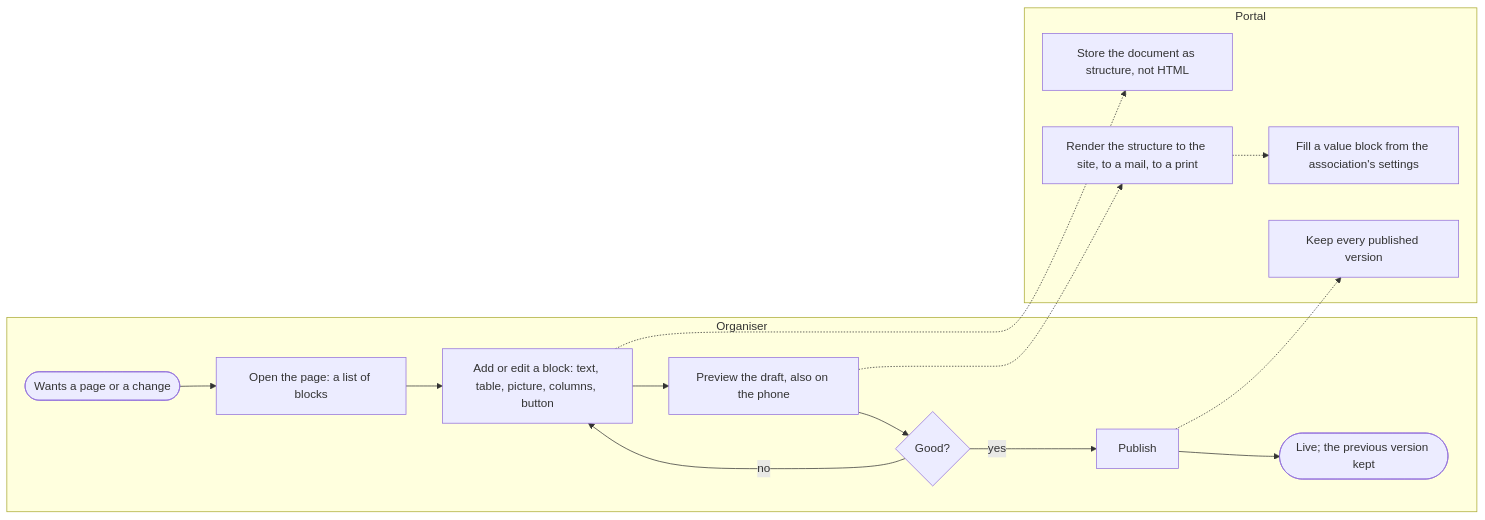
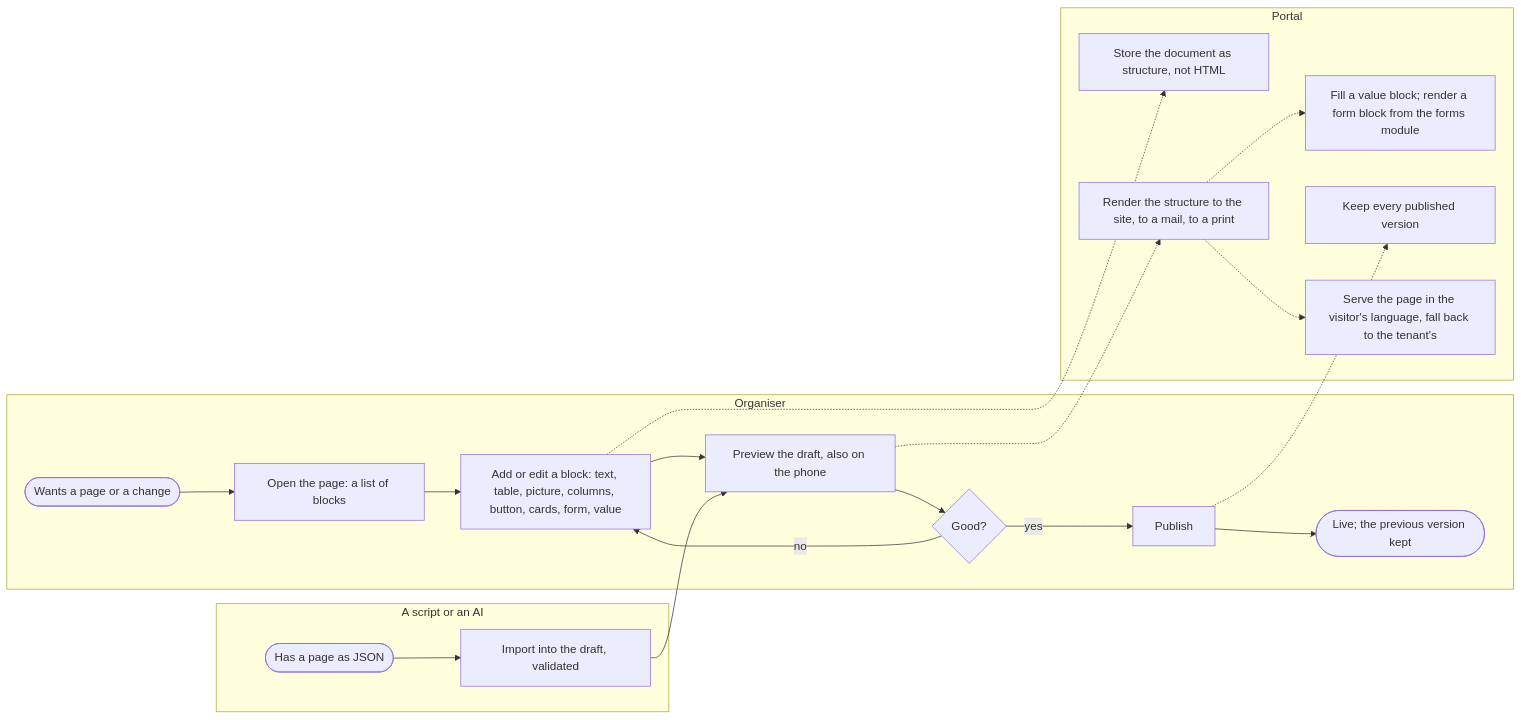
Before and after one commit to KoenRenders/KoenTest: the second of 5 diagrams in docs/change_request_17_web_content.md, drawn with Mermaid. The commit also changed other lines of this file, not shown here.

````diff
--- a/docs/change_request_17_web_content.md
+++ b/docs/change_request_17_web_content.md
@@ -64,22 +66,28 @@
 ```mermaid
 flowchart LR
   subgraph O[Organiser]
     o1([Wants a page or a change]) --> o2[Open the page: a list of blocks]
-    o2 --> o3[Add or edit a block: text, table, picture, columns, button]
+    o2 --> o3[Add or edit a block: text, table, picture, columns, button, cards, form, value]
     o3 --> o4[Preview the draft, also on the phone]
     o4 --> o5{Good?}
     o5 -- no --> o3
     o5 -- yes --> o6[Publish]
     o6 --> o7([Live; the previous version kept])
   end
+  subgraph S[A script or an AI]
+    s1([Has a page as JSON]) --> s2[Import into the draft, validated]
+    s2 --> o4
+  end
   subgraph P[Portal]
     p1[Store the document as structure, not HTML]
     p2[Render the structure to the site, to a mail, to a print]
-    p3[Fill a value block from the association's settings]
+    p3[Fill a value block; render a form block from the forms module]
     p4[Keep every published version]
+    p5[Serve the page in the visitor's language, fall back to the tenant's]
   end
   o3 -.-> p1
   o4 -.-> p2
   o6 -.-> p4
   p2 -.-> p3
+  p2 -.-> p5
 ```
````
